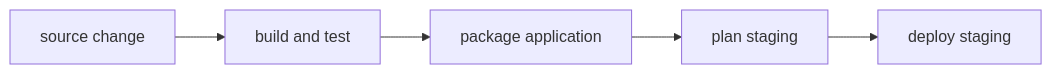
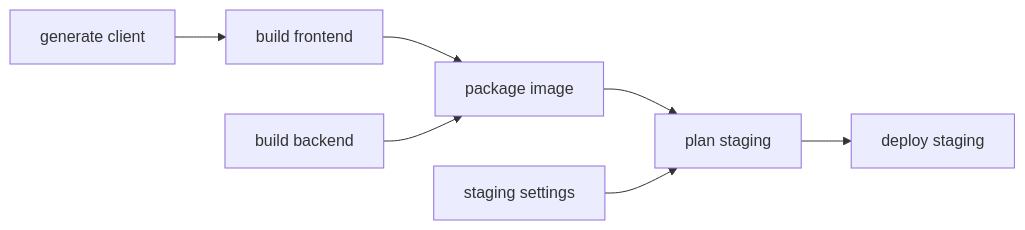
The diagram in website/site-docs/index.md (MagnusOpera/terrabuild), drawn with Mermaid before and after one commit. The commit also changed other lines of this file and 38 other files, not shown here.

````diff
--- a/website/site-docs/index.md
+++ b/website/site-docs/index.md
@@ -28,12 +37,9 @@
 ```mermaid
 flowchart LR
-  change["source change"] --> build["build and test"]
-  build --> package["package application"]
-  package --> plan["plan staging"]
+  client["generate client"] --> web["build frontend"]
+  web --> image["package image"]
+  api["build backend"] --> image
+  image --> plan["plan staging"]
+  settings["staging settings"] --> plan
   plan --> deploy["deploy staging"]
-
-  class change tb-muted
-  class build,package tb-secondary
-  class plan tb-decision
-  class deploy tb-primary
 ```
````
